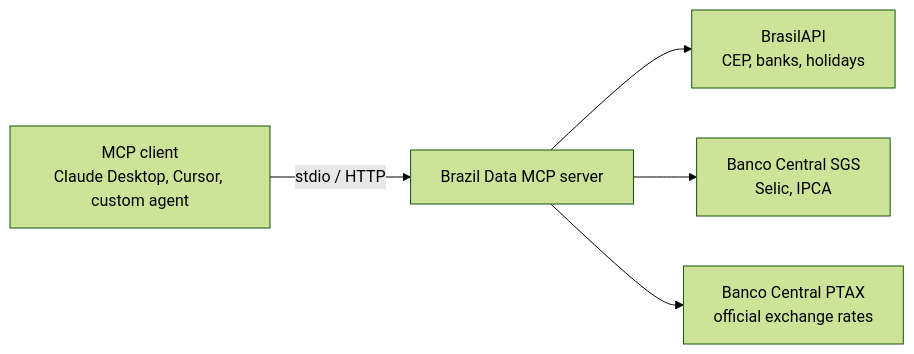
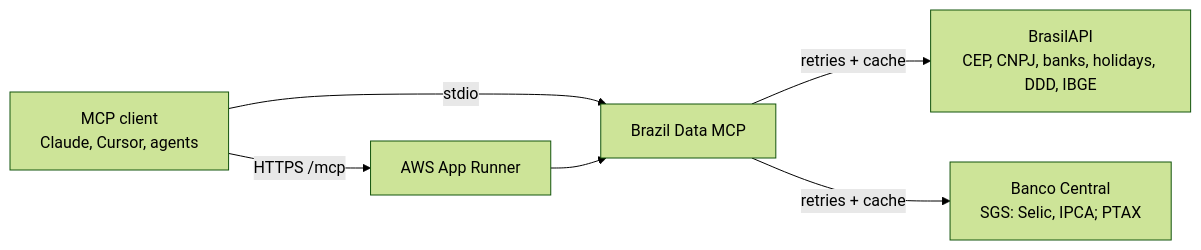
The diagram in README.md (Mirelasbianchi/brazil-data-mcp), drawn with Mermaid (forest theme) before and after one commit. The commit also changed other lines of this file, not shown here.

Commit message:
docs(readme): document tools, reliability features, transports and AWS deployment

````diff
--- a/README.md
+++ b/README.md
@@ -13,7 +86,7 @@
 ```mermaid
 flowchart LR
-    A[MCP client<br/>Claude Desktop, Cursor, custom agent] -- stdio / HTTP --> B[Brazil Data MCP server]
-    B --> C[BrasilAPI<br/>CEP, banks, holidays]
-    B --> D[Banco Central SGS<br/>Selic, IPCA]
-    B --> E[Banco Central PTAX<br/>official exchange rates]
+    A[MCP client<br/>Claude, Cursor, agents] -- stdio --> S[Brazil Data MCP]
+    A -- HTTPS /mcp --> AR[AWS App Runner] --> S
+    S -- retries + cache --> B[BrasilAPI<br/>CEP, CNPJ, banks, holidays, DDD, IBGE]
+    S -- retries + cache --> C[Banco Central<br/>SGS: Selic, IPCA; PTAX]
 ```
````
